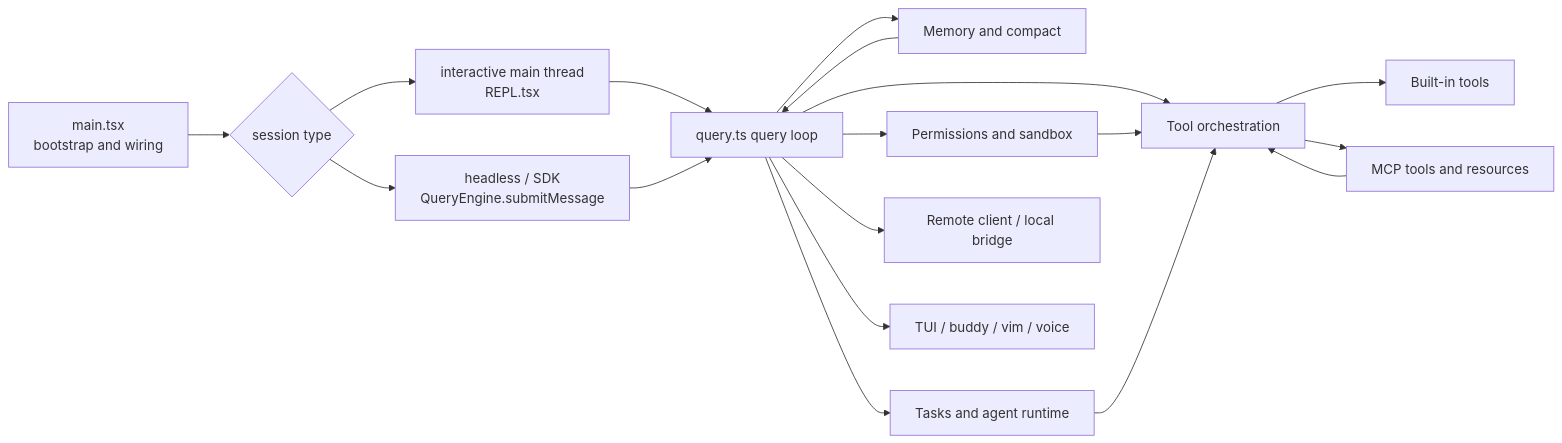
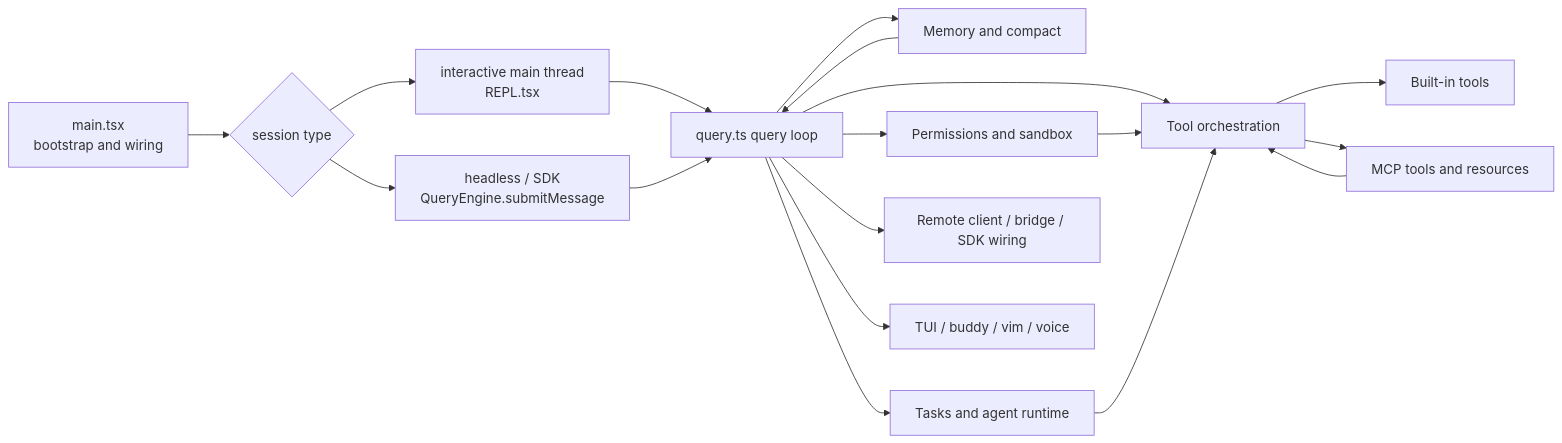
Before and after one commit to Boulea7/ClaudeCode-Source-DeepDive: the first of 3 diagrams in ARCHITECTURE.md, drawn with Mermaid. The commit also changed other lines of this file and 3 other files, not shown here.

Commit message:
docs: polish final wording mermaid consistency and navigation

````diff
--- a/ARCHITECTURE.md
+++ b/ARCHITECTURE.md
@@ -16,20 +16,20 @@
 ```mermaid
 flowchart LR
     A[main.tsx<br/>bootstrap and wiring] --> B{session type}
     B --> C[interactive main thread<br/>REPL.tsx]
     B --> D[headless / SDK<br/>QueryEngine.submitMessage]
     C --> E[query.ts query loop]
     D --> E
     E --> F[Tool orchestration]
     F --> G[Built-in tools]
     F --> H[MCP tools and resources]
     E --> I[Memory and compact]
     E --> J[Permissions and sandbox]
     E --> K[Tasks and agent runtime]
-    E --> L[Remote client / local bridge]
+    E --> L[Remote client / bridge / SDK wiring]
     E --> M[TUI / buddy / vim / voice]
     I --> E
     J --> F
     H --> F
     K --> F
 ```
````
